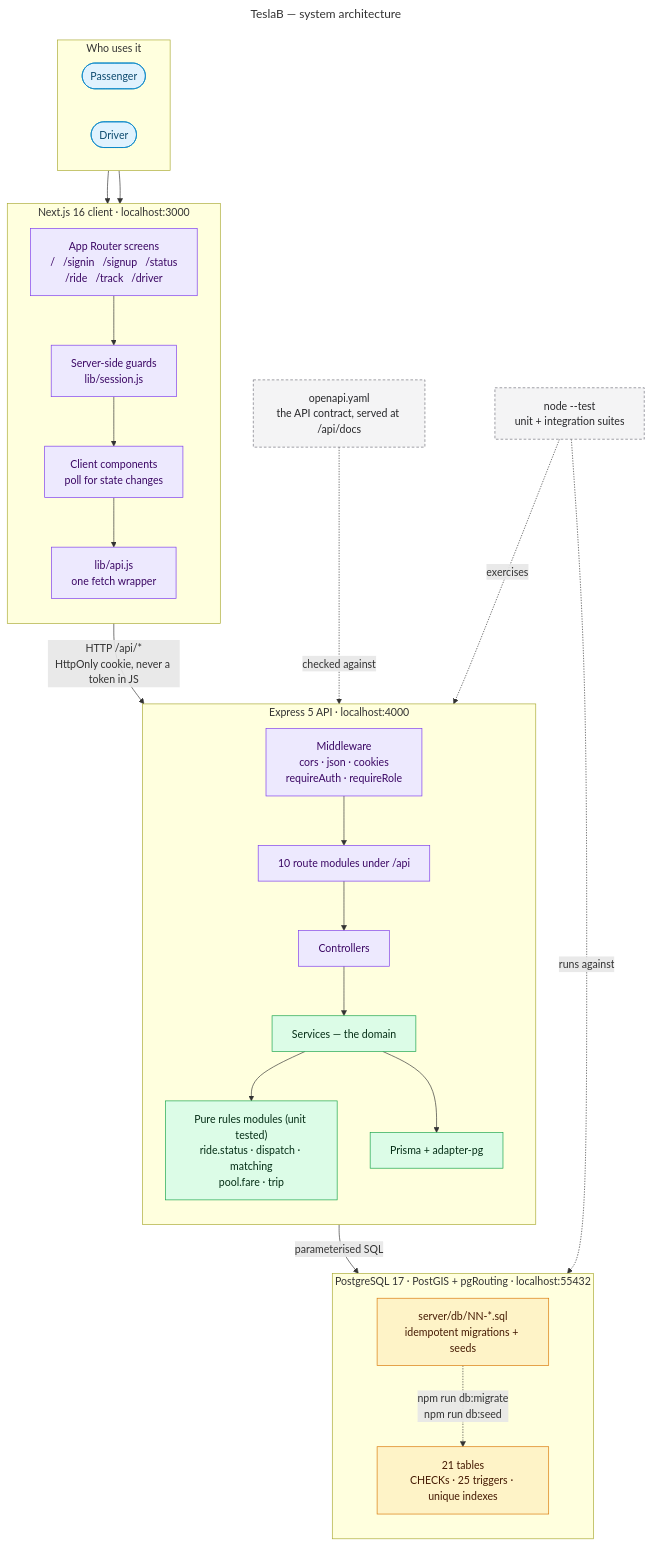
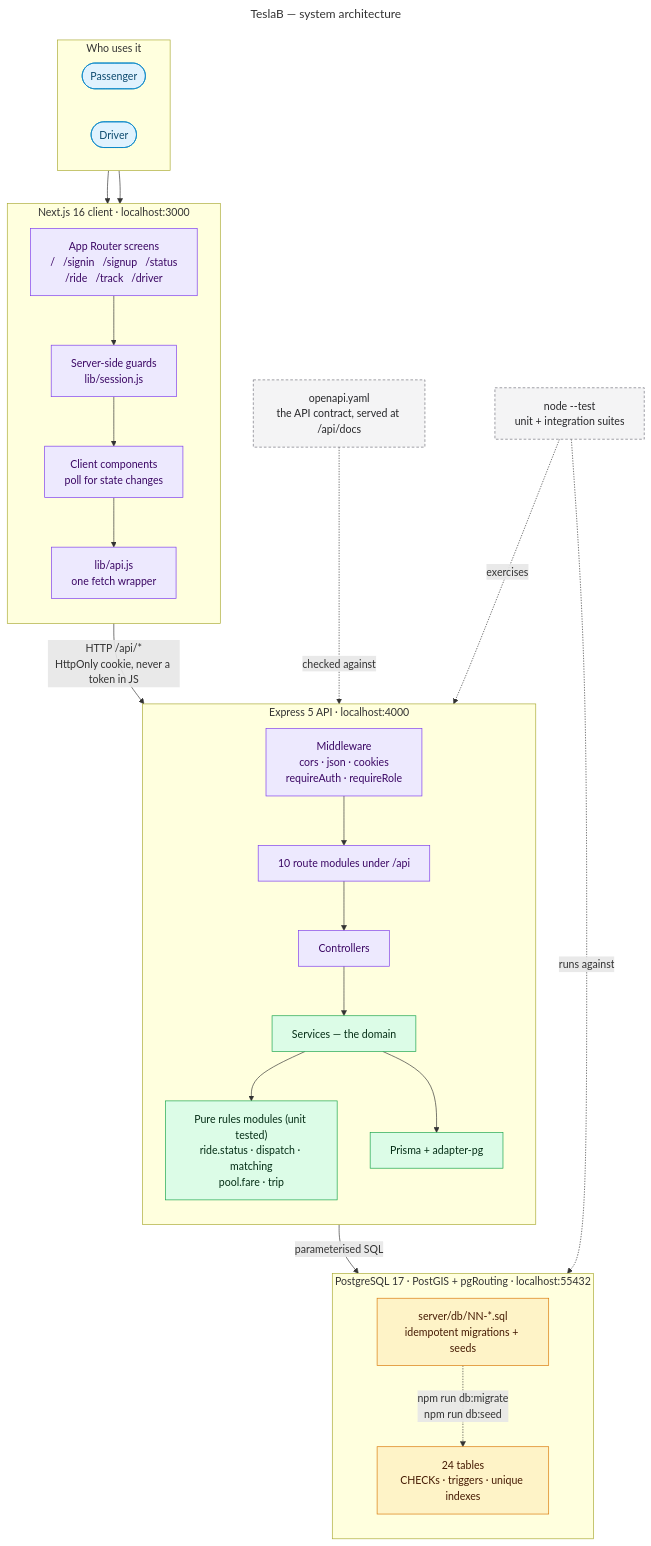
The diagram in docs/architecture.mmd (NAF1S/Oi_Tesla), drawn with Mermaid before and after one commit. The commit also changed 8 other files, not shown here.

```diff
--- a/docs/architecture.mmd
+++ b/docs/architecture.mmd
@@ -1,68 +1,68 @@
 ---
 title: TeslaB — system architecture
 ---
 %% TeslaB: a ride-pooling demo.
 %% Read top to bottom: who uses it, the web app, the API, the database.
 %% Everything the API answers is computed on the server; the client only renders it.
 flowchart TB
     subgraph actors["Who uses it"]
         direction LR
         pax(["Passenger"])
         drv(["Driver"])
     end
 
     subgraph web["Next.js 16 client &middot; localhost:3000"]
         direction TB
         screens["App Router screens<br/>/ &nbsp; /signin &nbsp; /signup &nbsp; /status<br/>/ride &nbsp; /track &nbsp; /driver"]
         guards["Server-side guards<br/>lib/session.js"]
         widgets["Client components<br/>poll for state changes"]
         apiClient["lib/api.js<br/>one fetch wrapper"]
     end
 
     subgraph api["Express 5 API &middot; localhost:4000"]
         direction TB
         middleware["Middleware<br/>cors &middot; json &middot; cookies<br/>requireAuth &middot; requireRole"]
         routeMods["10 route modules under /api"]
         controllers["Controllers"]
         services["Services &mdash; the domain"]
         pure["Pure rules modules (unit tested)<br/>ride.status &middot; dispatch &middot; matching<br/>pool.fare &middot; trip"]
         orm["Prisma + adapter-pg"]
     end
 
     subgraph data["PostgreSQL 17 &middot; PostGIS + pgRouting &middot; localhost:55432"]
         direction TB
-        tables["21 tables<br/>CHECKs &middot; 25 triggers &middot; unique indexes"]
+        tables["24 tables<br/>CHECKs &middot; triggers &middot; unique indexes"]
         files["server/db/NN-*.sql<br/>idempotent migrations + seeds"]
     end
 
     contract["openapi.yaml<br/>the API contract, served at /api/docs"]
     suite["node --test<br/>unit + integration suites"]
 
     pax --> screens
     drv --> screens
     screens --> guards
     guards --> widgets
     widgets --> apiClient
     apiClient -->|"HTTP /api/*<br/>HttpOnly cookie, never a token in JS"| middleware
     middleware --> routeMods
     routeMods --> controllers
     controllers --> services
     services --> pure
     services --> orm
     orm -->|"parameterised SQL"| tables
     files -.->|"npm run db:migrate<br/>npm run db:seed"| tables
     contract -.->|"checked against"| routeMods
     suite -.->|"exercises"| services
     suite -.->|"runs against"| tables
 
     classDef place fill:#e0f2fe,stroke:#0284c7,color:#0c4a6e
     classDef app fill:#ede9fe,stroke:#7c3aed,color:#3b0764
     classDef domain fill:#dcfce7,stroke:#16a34a,color:#052e16
     classDef store fill:#fef3c7,stroke:#d97706,color:#451a03
     classDef side fill:#f4f4f5,stroke:#71717a,color:#27272a,stroke-dasharray:4 3
 
     class pax,drv place
     class screens,guards,widgets,apiClient,middleware,routeMods,controllers app
     class services,pure,orm domain
     class tables,files store
     class contract,suite side
```
